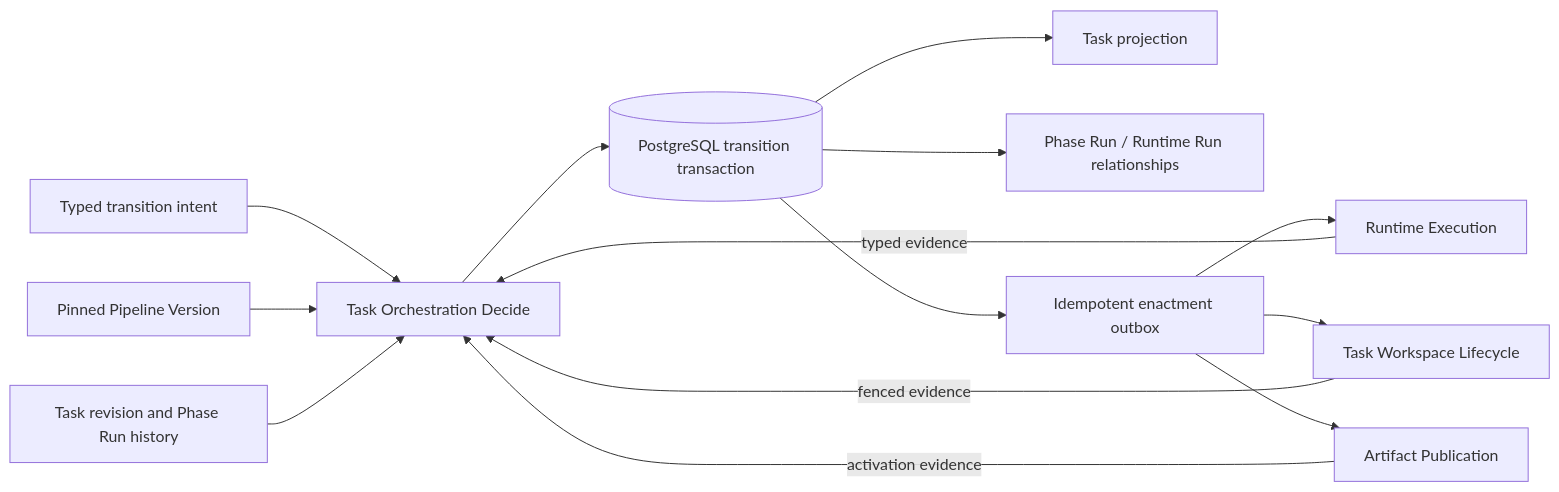
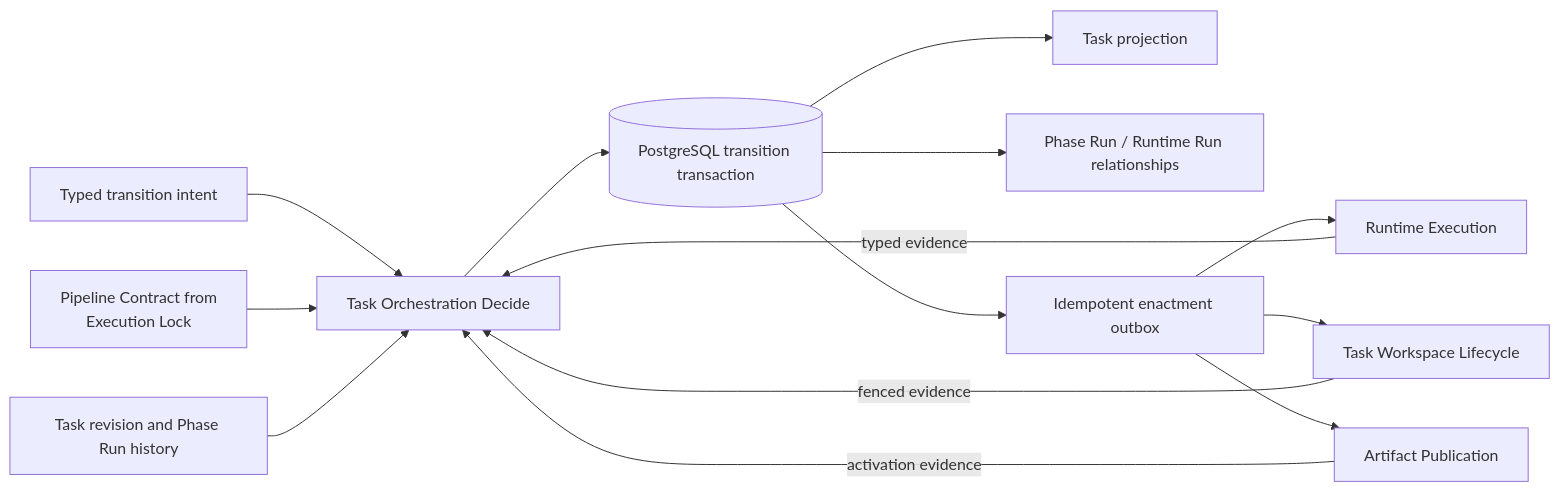
One commit to Vt00ls/SlideSmith changed the diagram in docs/architecture/task-orchestration.md. Above: the diagram before and after it, drawn with Mermaid. The commit also changed other lines of this file and 7 other files, not shown here.

````diff
--- a/docs/architecture/task-orchestration.md
+++ b/docs/architecture/task-orchestration.md
@@ -119,16 +124,16 @@
 ```mermaid
 flowchart LR
     Intent[Typed transition intent] --> Decide[Task Orchestration Decide]
-    Pinned[Pinned Pipeline Version] --> Decide
+    Pinned[Pipeline Contract from<br/>Execution Lock] --> Decide
     History[Task revision and Phase Run history] --> Decide
     Decide --> Tx[(PostgreSQL transition transaction)]
     Tx --> Projection[Task projection]
     Tx --> Runs[Phase Run / Runtime Run relationships]
     Tx --> Outbox[Idempotent enactment outbox]
     Outbox --> Runtime[Runtime Execution]
     Outbox --> C04[Task Workspace Lifecycle]
     Outbox --> Publish[Artifact Publication]
     Runtime -->|typed evidence| Decide
     C04 -->|fenced evidence| Decide
     Publish -->|activation evidence| Decide
 ```
````
